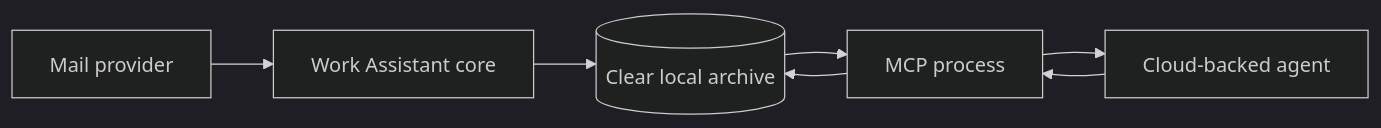
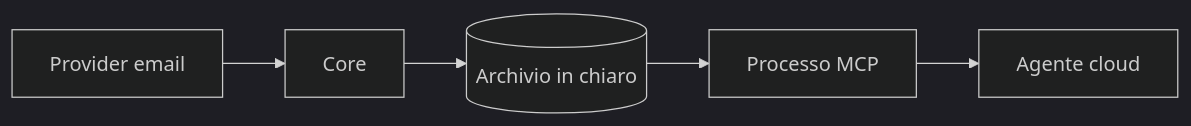
One commit to Wulfgardr/work-assistant changed the first of 4 diagrams in docs/security/pseudonymization/proposals/agent-privacy-boundary.md. Above: the diagram before and after it, drawn with Mermaid (dark theme). The commit also changed other lines of this file and 38 other files, not shown here.

First line of the commit message:
feat: prepara Work Assistant per la pubblicazione

````diff
--- a/docs/security/pseudonymization/proposals/agent-privacy-boundary.md
+++ b/docs/security/pseudonymization/proposals/agent-privacy-boundary.md
@@ -44,9 +21,7 @@
 ```mermaid
 flowchart LR
-  Provider[Mail provider] --> Core[Work Assistant core]
-  Core --> Archive[(Clear local archive)]
-  Archive --> MCP[MCP process]
-  MCP --> Agent[Cloud-backed agent]
-  Agent --> MCP
-  MCP --> Archive
+  Provider[Provider email] --> Core[Core]
+  Core --> Archivio[(Archivio in chiaro)]
+  Archivio --> MCP[Processo MCP]
+  MCP --> Agente[Agente cloud]
 ```
````
